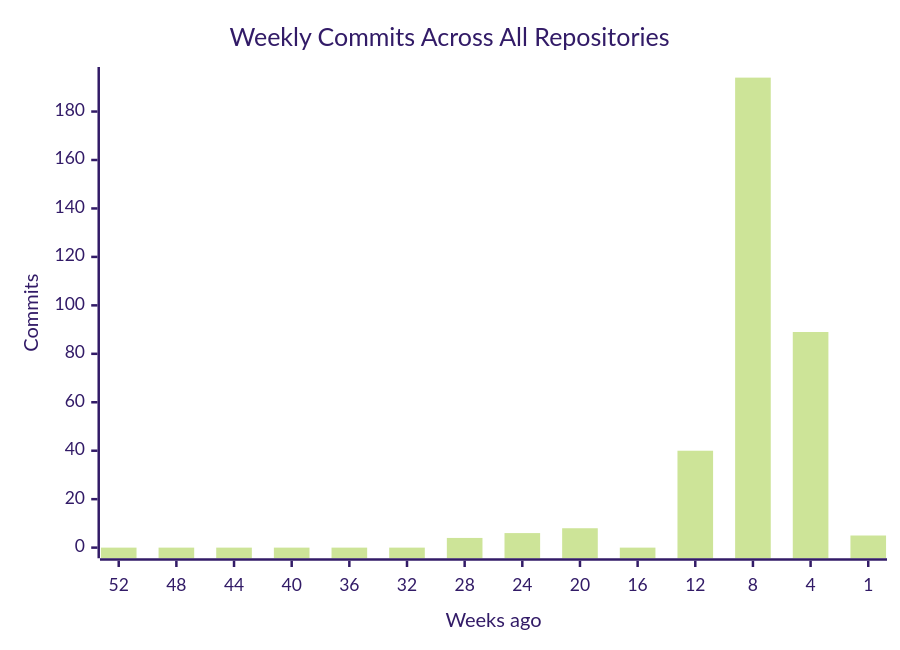
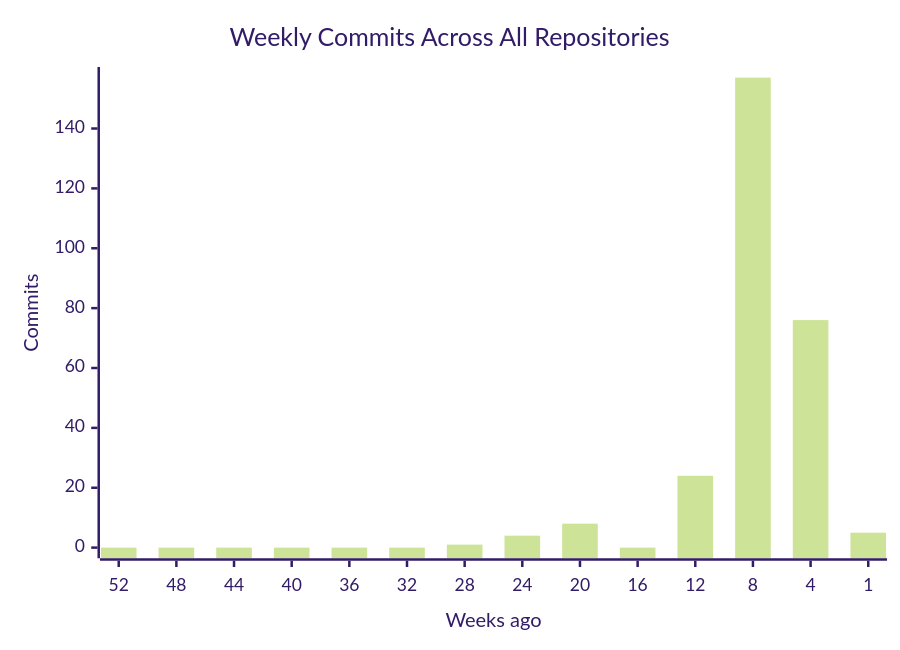
One commit to CSTH-Projects/.github changed the first of 4 diagrams in profile/README.md. Above: the diagram before and after it, drawn with Mermaid (forest theme). The commit also changed other lines of this file, not shown here.

````diff
--- a/profile/README.md
+++ b/profile/README.md
@@ -16,7 +16,7 @@
 ```mermaid
 xychart-beta
     title "Weekly Commits Across All Repositories"
     x-axis "Weeks ago" [52, 48, 44, 40, 36, 32, 28, 24, 20, 16, 12, 8, 4, 1]
     y-axis "Commits"
-    bar [0, 0, 0, 0, 0, 0, 4, 6, 8, 0, 40, 194, 89, 5]
+    bar [0, 0, 0, 0, 0, 0, 1, 4, 8, 0, 24, 157, 76, 5]
 ```
````
